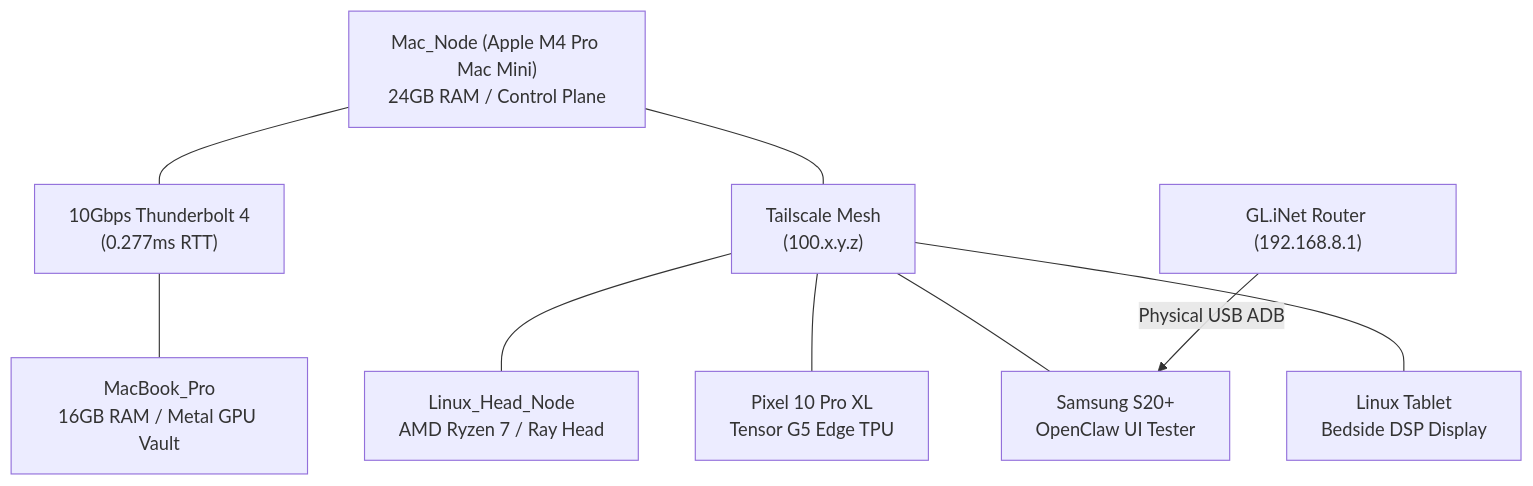
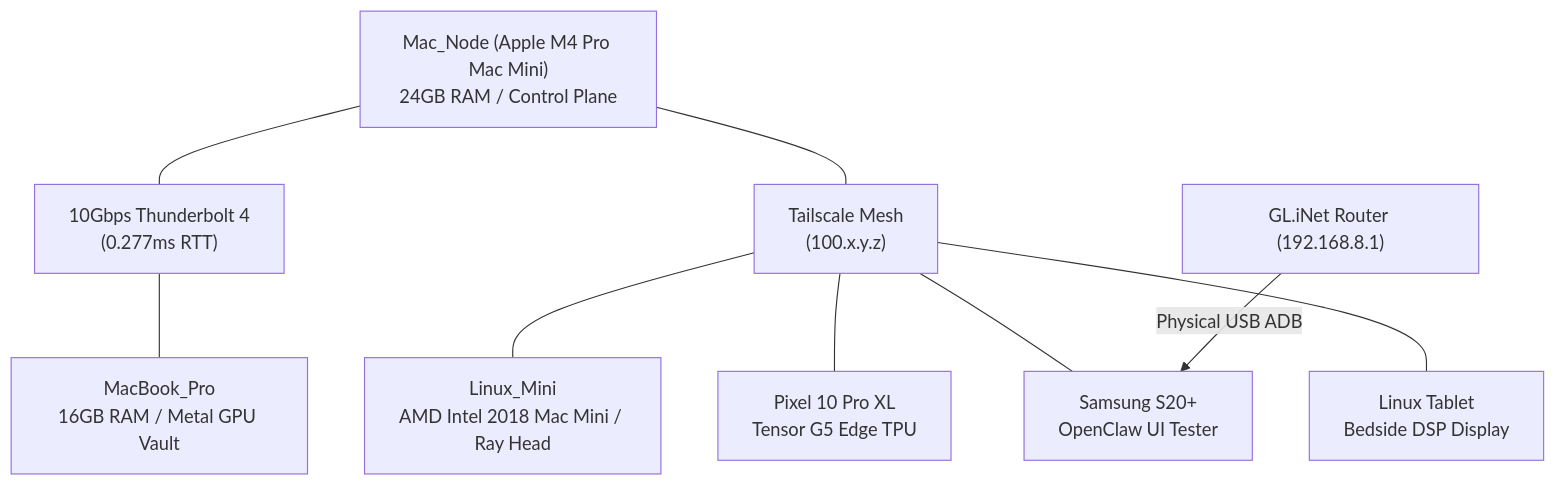
Before and after one commit to aarontmaher/Lauburu-Monorepo: the diagram in 00_SYSTEM_DASHBOARDS/NOMAD_AUTONOMOUS_MESH_DASHBOARD.md, drawn with Mermaid. The commit also changed 7991 other files, not shown here.

````diff
--- a/00_SYSTEM_DASHBOARDS/NOMAD_AUTONOMOUS_MESH_DASHBOARD.md
+++ b/00_SYSTEM_DASHBOARDS/NOMAD_AUTONOMOUS_MESH_DASHBOARD.md
@@ -36,11 +36,11 @@
 ```mermaid
 graph TD
     MacMini["Mac_Node (Apple M4 Pro Mac Mini)<br/>24GB RAM / Control Plane"] --- TB4["10Gbps Thunderbolt 4<br/>(0.277ms RTT)"]
     TB4 --- MBP["MacBook_Pro<br/>16GB RAM / Metal GPU Vault"]
     MacMini --- Tailscale["Tailscale Mesh<br/>(100.x.y.z)"]
-    Tailscale --- LinuxNode["Linux_Head_Node<br/>AMD Ryzen 7 / Ray Head"]
+    Tailscale --- LinuxNode["Linux_Mini<br/>AMD Intel 2018 Mac Mini / Ray Head"]
     Tailscale --- Pixel["Pixel 10 Pro XL<br/>Tensor G5 Edge TPU"]
     Tailscale --- S20["Samsung S20+<br/>OpenClaw UI Tester"]
     Tailscale --- Tablet["Linux Tablet<br/>Bedside DSP Display"]
     Router["GL.iNet Router (192.168.8.1)"] -->|Physical USB ADB| S20
 ```
````
